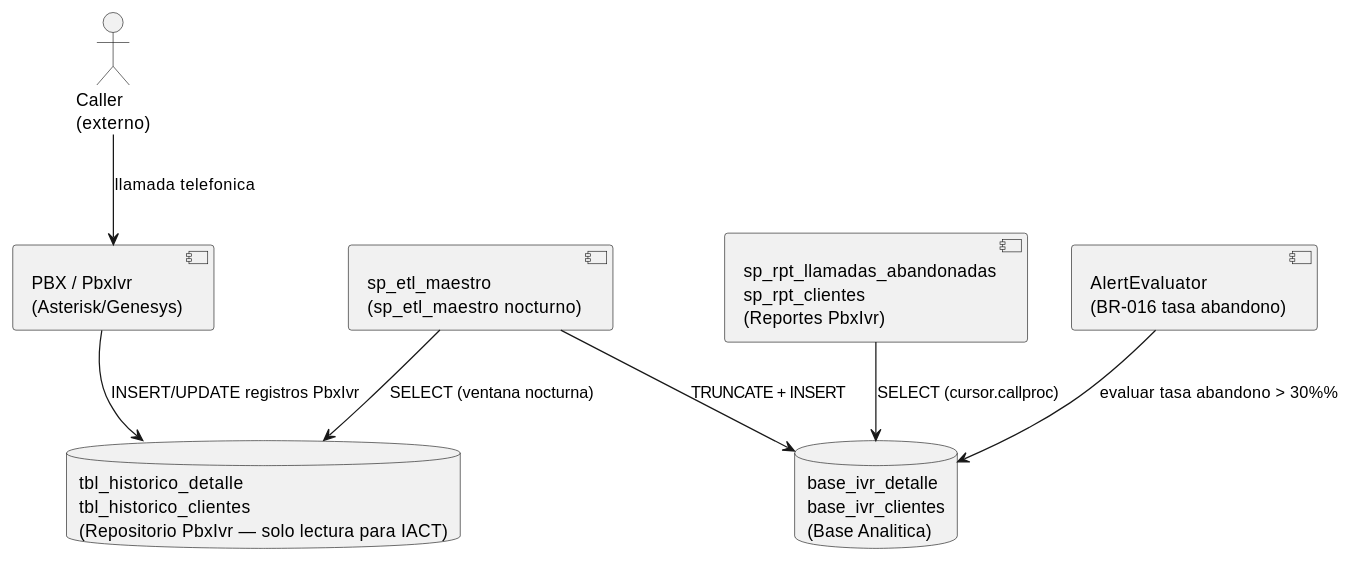
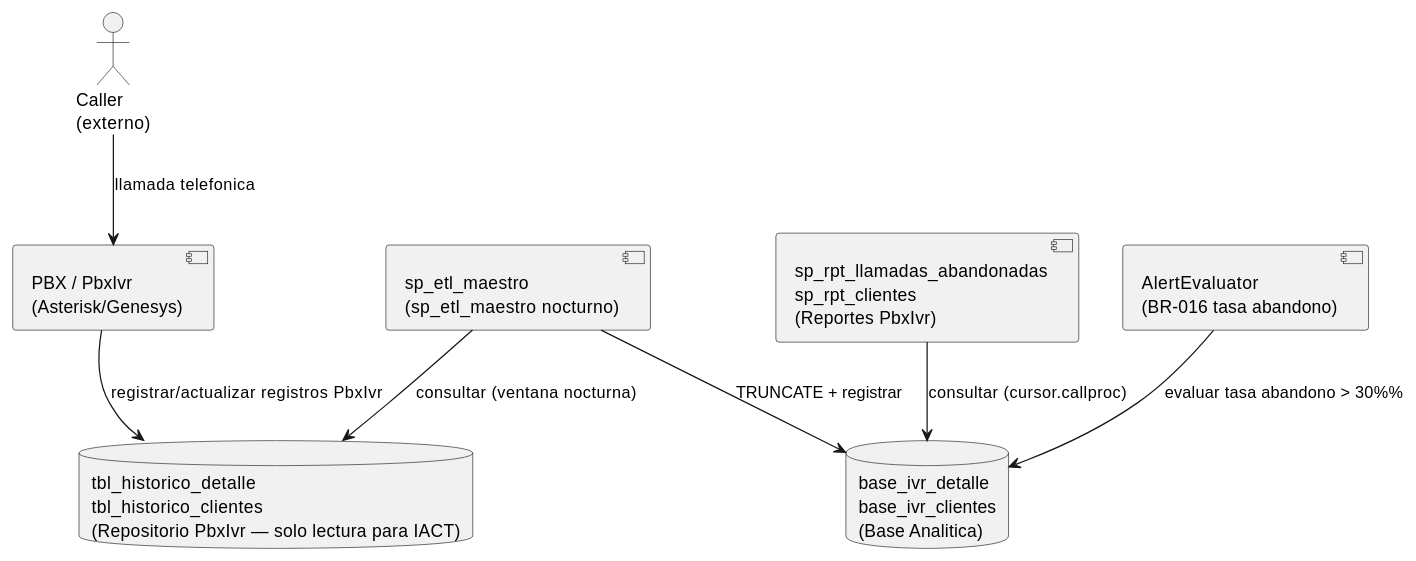
Before and after one commit to jcg-admin/IACT-docs: the diagram in source/arquitectura-tecnica/modulos/caller/diagramas/pipeline-datos-ivr-caller.rst, drawn with PlantUML. The commit also changed 48 other files, not shown here.

```diff
--- a/source/arquitectura-tecnica/modulos/caller/diagramas/pipeline-datos-ivr-caller.rst
+++ b/source/arquitectura-tecnica/modulos/caller/diagramas/pipeline-datos-ivr-caller.rst
@@ -22,24 +22,24 @@
 .. uml::
  :caption: Componentes de MOD_Caller — desde la llamada hasta la Base Analitica.
 
  @startuml
 
  actor "Caller\n(externo)" as CALLER
 
  component "PBX / PbxIvr\n(Asterisk/Genesys)" as PbxIvr
  database "tbl_historico_detalle\ntbl_historico_clientes\n(Repositorio PbxIvr — solo lectura para IACT)" as HIST
 
  component "sp_etl_maestro\n(sp_etl_maestro nocturno)" as sp_etl_maestro
  database "base_ivr_detalle\nbase_ivr_clientes\n(Base Analitica)" as ANAL
 
  component "sp_rpt_llamadas_abandonadas\nsp_rpt_clientes\n(Reportes PbxIvr)" as sp_rpt_llamadas_abandonadas
  component "AlertEvaluator\n(BR-016 tasa abandono)" as ALERT
 
  CALLER --> PbxIvr : llamada telefonica
- PbxIvr --> HIST : INSERT/UPDATE registros PbxIvr
- sp_etl_maestro --> HIST : SELECT (ventana nocturna)
- sp_etl_maestro --> ANAL : TRUNCATE + INSERT
- sp_rpt_llamadas_abandonadas --> ANAL : SELECT (cursor.callproc)
+ PbxIvr --> HIST : registrar/actualizar registros PbxIvr
+ sp_etl_maestro --> HIST : consultar (ventana nocturna)
+ sp_etl_maestro --> ANAL : TRUNCATE + registrar
+ sp_rpt_llamadas_abandonadas --> ANAL : consultar (cursor.callproc)
  ALERT --> ANAL : evaluar tasa abandono > 30%%
 
  @enduml
```
